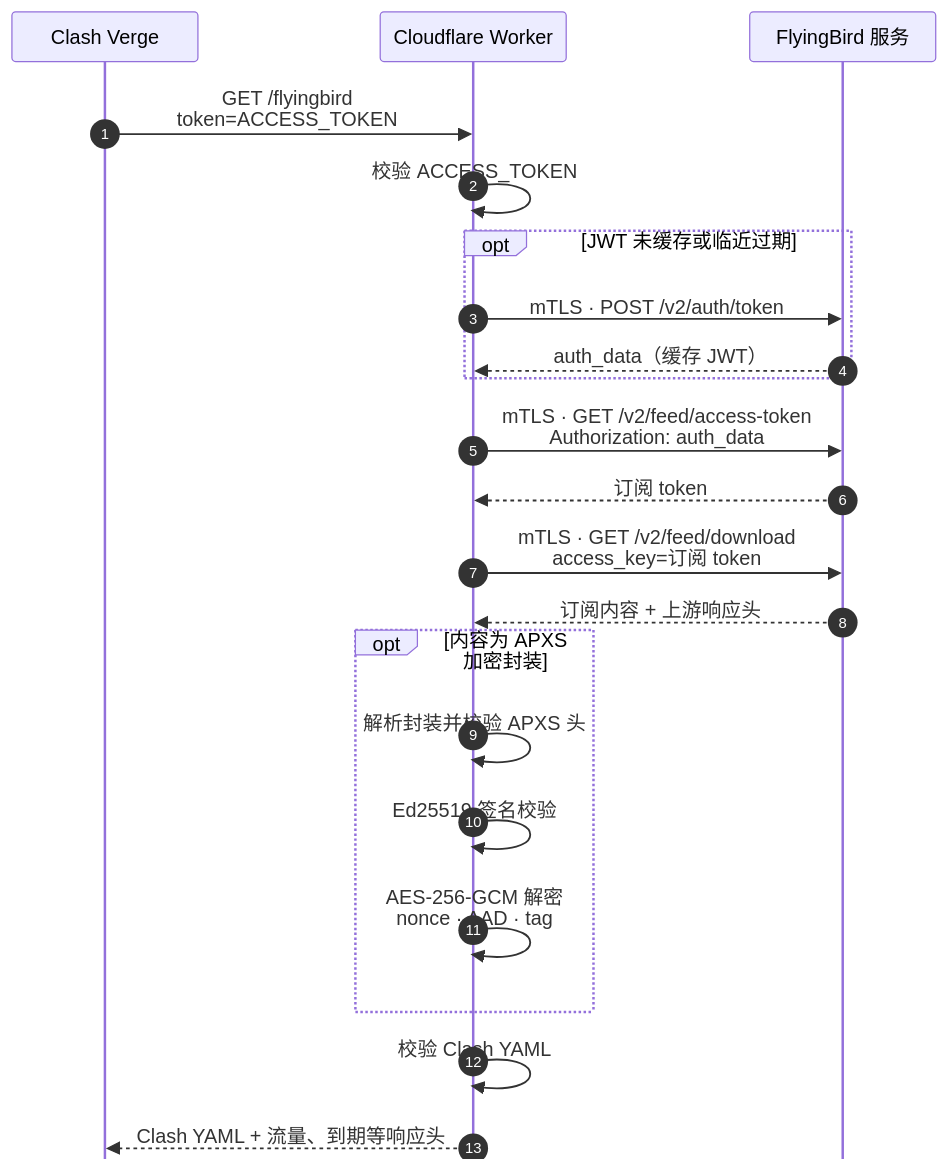
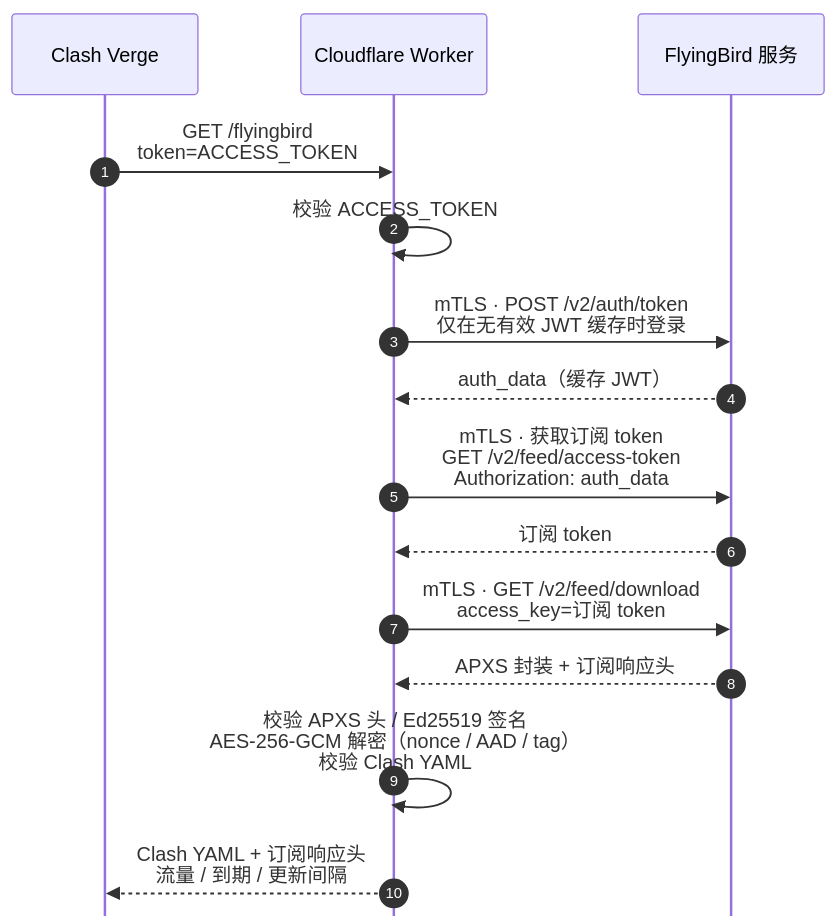
One commit to YuanzAAi/flying2sub changed the diagram in README.md. Above: the diagram before and after it, drawn with Mermaid.

Commit message:
Tighten sequence diagram spacing

````diff
--- a/README.md
+++ b/README.md
@@ -13,26 +13,19 @@
 ```mermaid
-%%{init: {"sequence": {"diagramMarginX": 8, "diagramMarginY": 8, "actorMargin": 28, "height": 40, "boxMargin": 6, "messageMargin": 18, "mirrorActors": false}}}%%
+%%{init: {"sequence": {"diagramMarginX": 8, "diagramMarginY": 8, "actorMargin": 28, "messageMargin": 14, "mirrorActors": false}}}%%
 sequenceDiagram
     autonumber
     participant CV as Clash Verge
     participant W as Cloudflare Worker
     participant FB as FlyingBird 服务
 
     CV->>W: GET /flyingbird<br/>token=ACCESS_TOKEN
     W->>W: 校验 ACCESS_TOKEN
-    opt JWT 未缓存或临近过期
-        W->>FB: mTLS · POST /v2/auth/token
-        FB-->>W: auth_data（缓存 JWT）
-    end
-    W->>FB: mTLS · GET /v2/feed/access-token<br/>Authorization: auth_data
+    W->>FB: mTLS · POST /v2/auth/token<br/>仅在无有效 JWT 缓存时登录
+    FB-->>W: auth_data（缓存 JWT）
+    W->>FB: mTLS · 获取订阅 token<br/>GET /v2/feed/access-token<br/>Authorization: auth_data
     FB-->>W: 订阅 token
     W->>FB: mTLS · GET /v2/feed/download<br/>access_key=订阅 token
-    FB-->>W: 订阅内容 + 上游响应头
-    opt 内容为 APXS 加密封装
-        W->>W: 解析封装并校验 APXS 头
-        W->>W: Ed25519 签名校验
-        W->>W: AES-256-GCM 解密<br/>nonce · AAD · tag
-    end
-    W->>W: 校验 Clash YAML
-    W-->>CV: Clash YAML + 流量、到期等响应头
+    FB-->>W: APXS 封装 + 订阅响应头
+    W->>W: 校验 APXS 头 / Ed25519 签名<br/>AES-256-GCM 解密（nonce / AAD / tag）<br/>校验 Clash YAML
+    W-->>CV: Clash YAML + 订阅响应头<br/>流量 / 到期 / 更新间隔
 ```
````
